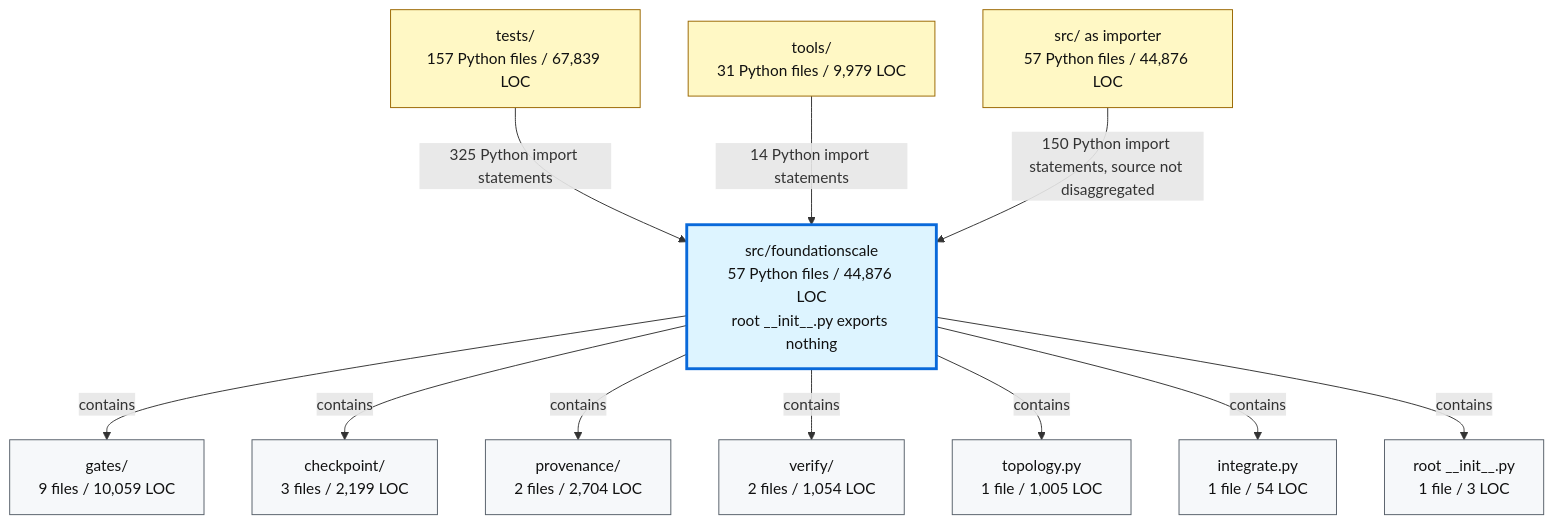
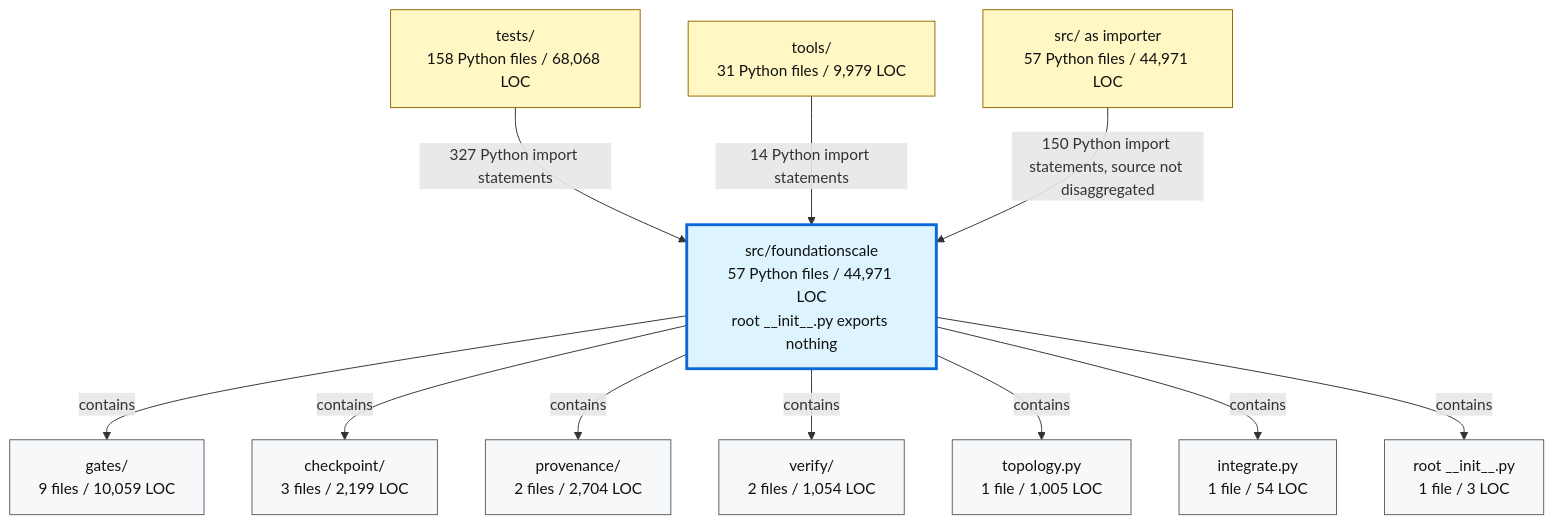
Before and after one commit to TranNhiem/FoundationScale: the second of 2 diagrams in docs/review/D2_current_architecture.md, drawn with Mermaid. The commit also changed other lines of this file and 14 other files, not shown here.

````diff
--- a/docs/review/D2_current_architecture.md
+++ b/docs/review/D2_current_architecture.md
@@ -97,36 +97,36 @@
 ```mermaid
 flowchart TB
-  TESTS["tests/<br/>157 Python files / 67,839 LOC"]
+  TESTS["tests/<br/>158 Python files / 68,068 LOC"]
   TOOLS["tools/<br/>31 Python files / 9,979 LOC"]
-  SRC["src/ as importer<br/>57 Python files / 44,876 LOC"]
+  SRC["src/ as importer<br/>57 Python files / 44,971 LOC"]
 
-  FS["src/foundationscale<br/>57 Python files / 44,876 LOC<br/>root __init__.py exports nothing"]
+  FS["src/foundationscale<br/>57 Python files / 44,971 LOC<br/>root __init__.py exports nothing"]
 
   GATES["gates/<br/>9 files / 10,059 LOC"]
   CKPT["checkpoint/<br/>3 files / 2,199 LOC"]
   PROV["provenance/<br/>2 files / 2,704 LOC"]
   VERIFY["verify/<br/>2 files / 1,054 LOC"]
   TOPO["topology.py<br/>1 file / 1,005 LOC"]
   INTEG["integrate.py<br/>1 file / 54 LOC"]
   ROOT["root __init__.py<br/>1 file / 3 LOC"]
 
-  TESTS -->|"325 Python import statements"| FS
+  TESTS -->|"327 Python import statements"| FS
   TOOLS -->|"14 Python import statements"| FS
   SRC -->|"150 Python import statements, source not disaggregated"| FS
 
   FS -->|"contains"| GATES
   FS -->|"contains"| CKPT
   FS -->|"contains"| PROV
   FS -->|"contains"| VERIFY
   FS -->|"contains"| TOPO
   FS -->|"contains"| INTEG
   FS -->|"contains"| ROOT
 
   classDef consumer fill:#fff8c5,stroke:#9a6700,color:#111;
   classDef package fill:#ddf4ff,stroke:#0969da,stroke-width:3px,color:#111;
   classDef module fill:#f6f8fa,stroke:#57606a,color:#111;
 
   class TESTS,TOOLS,SRC consumer;
   class FS package;
   class GATES,CKPT,PROV,VERIFY,TOPO,INTEG,ROOT module;
 ```
````
